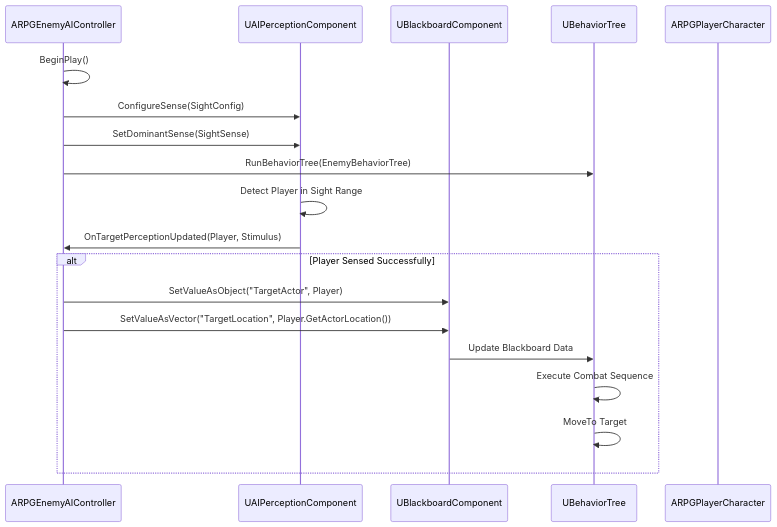
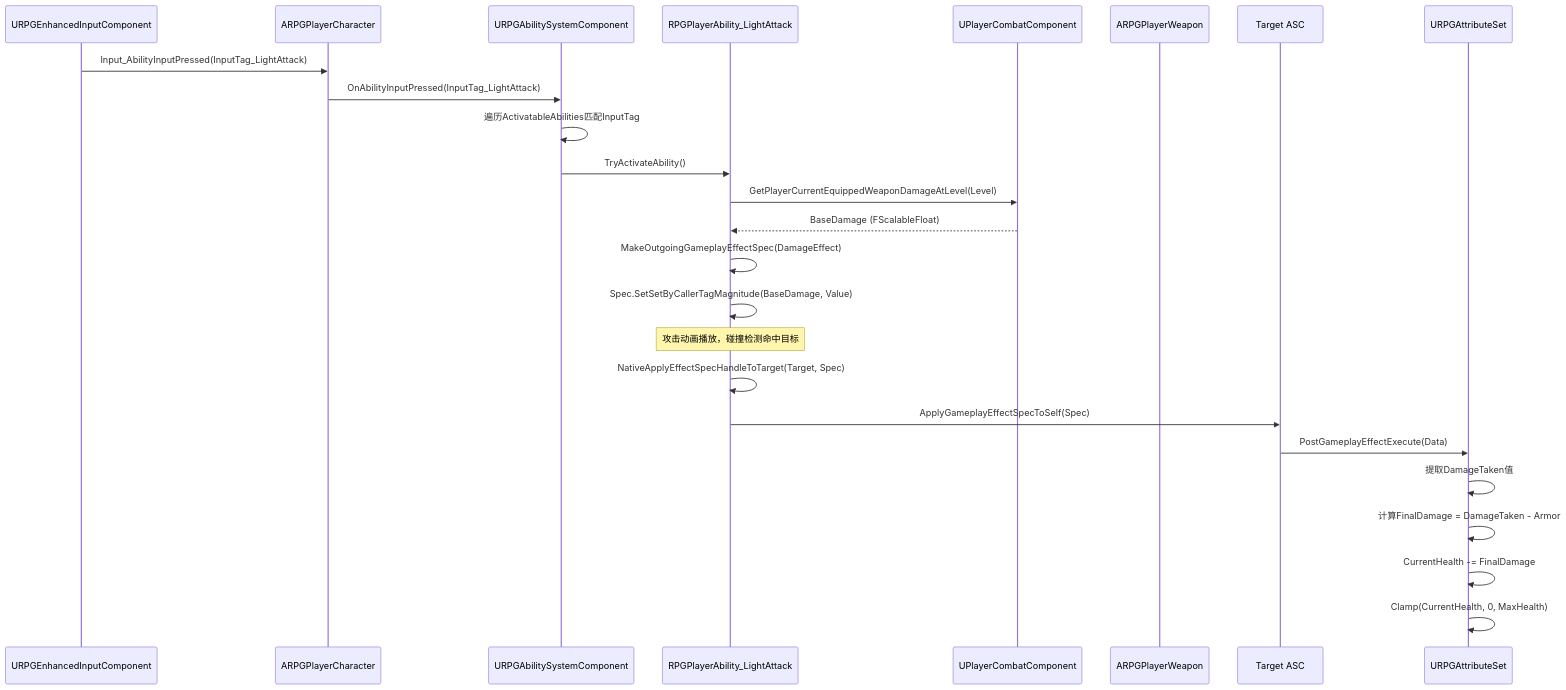
One commit to ARK31415/RPG changed the tenth of 21 diagrams in Source/Docs/DetailedDesign.md. Above: the diagram before and after it, drawn with Mermaid. The commit also changed other lines of this file and 11 other files, not shown here.

````diff
--- a/Source/Docs/DetailedDesign.md
+++ b/Source/Docs/DetailedDesign.md
@@ -828,23 +537,28 @@
 ```mermaid
 sequenceDiagram
-    participant AIC as ARPGEnemyAIController
-    participant Perception as UAIPerceptionComponent
-    participant BB as UBlackboardComponent
-    participant BT as UBehaviorTree
-    participant Player as ARPGPlayerCharacter
+    participant Input as URPGEnhancedInputComponent
+    participant Char as ARPGPlayerCharacter
+    participant ASC as URPGAbilitySystemComponent
+    participant GA as RPGPlayerAbility_LightAttack
+    participant Combat as UPlayerCombatComponent
+    participant Weapon as ARPGPlayerWeapon
+    participant TargetASC as Target ASC
+    participant AttrSet as URPGAttributeSet
     
-    AIC->>AIC: BeginPlay()
-    AIC->>Perception: ConfigureSense(SightConfig)
-    AIC->>Perception: SetDominantSense(SightSense)
-    AIC->>BT: RunBehaviorTree(EnemyBehaviorTree)
-    
-    Perception->>Perception: Detect Player in Sight Range
-    Perception->>AIC: OnTargetPerceptionUpdated(Player, Stimulus)
-    alt Player Sensed Successfully
-        AIC->>BB: SetValueAsObject("TargetActor", Player)
-        AIC->>BB: SetValueAsVector("TargetLocation", Player.GetActorLocation())
-        BB->>BT: Update Blackboard Data
-        BT->>BT: Execute Combat Sequence
-        BT->>BT: MoveTo Target
-    end
+    Input->>Char: Input_AbilityInputPressed(InputTag_LightAttack)
+    Char->>ASC: OnAbilityInputPressed(InputTag_LightAttack)
+    ASC->>ASC: 遍历ActivatableAbilities匹配InputTag
+    ASC->>GA: TryActivateAbility()
+    GA->>Combat: GetPlayerCurrentEquippedWeaponDamageAtLevel(Level)
+    Combat-->>GA: BaseDamage (FScalableFloat)
+    GA->>GA: MakeOutgoingGameplayEffectSpec(DamageEffect)
+    GA->>GA: Spec.SetSetByCallerTagMagnitude(BaseDamage, Value)
+    Note over GA: 攻击动画播放，碰撞检测命中目标
+    GA->>GA: NativeApplyEffectSpecHandleToTarget(Target, Spec)
+    GA->>TargetASC: ApplyGameplayEffectSpecToSelf(Spec)
+    TargetASC->>AttrSet: PostGameplayEffectExecute(Data)
+    AttrSet->>AttrSet: 提取DamageTaken值
+    AttrSet->>AttrSet: 计算FinalDamage = DamageTaken - Armor
+    AttrSet->>AttrSet: CurrentHealth -= FinalDamage
+    AttrSet->>AttrSet: Clamp(CurrentHealth, 0, MaxHealth)
 ```
````
